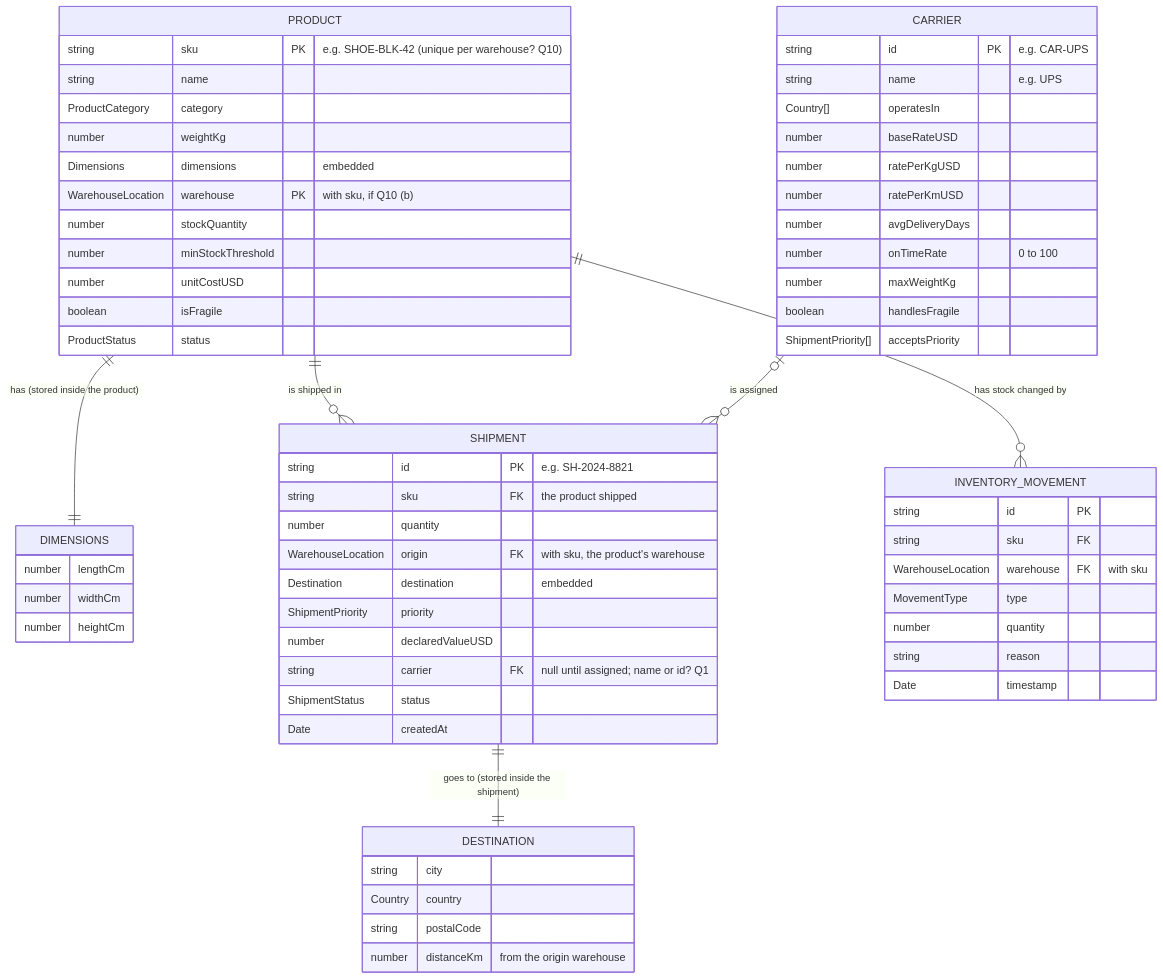
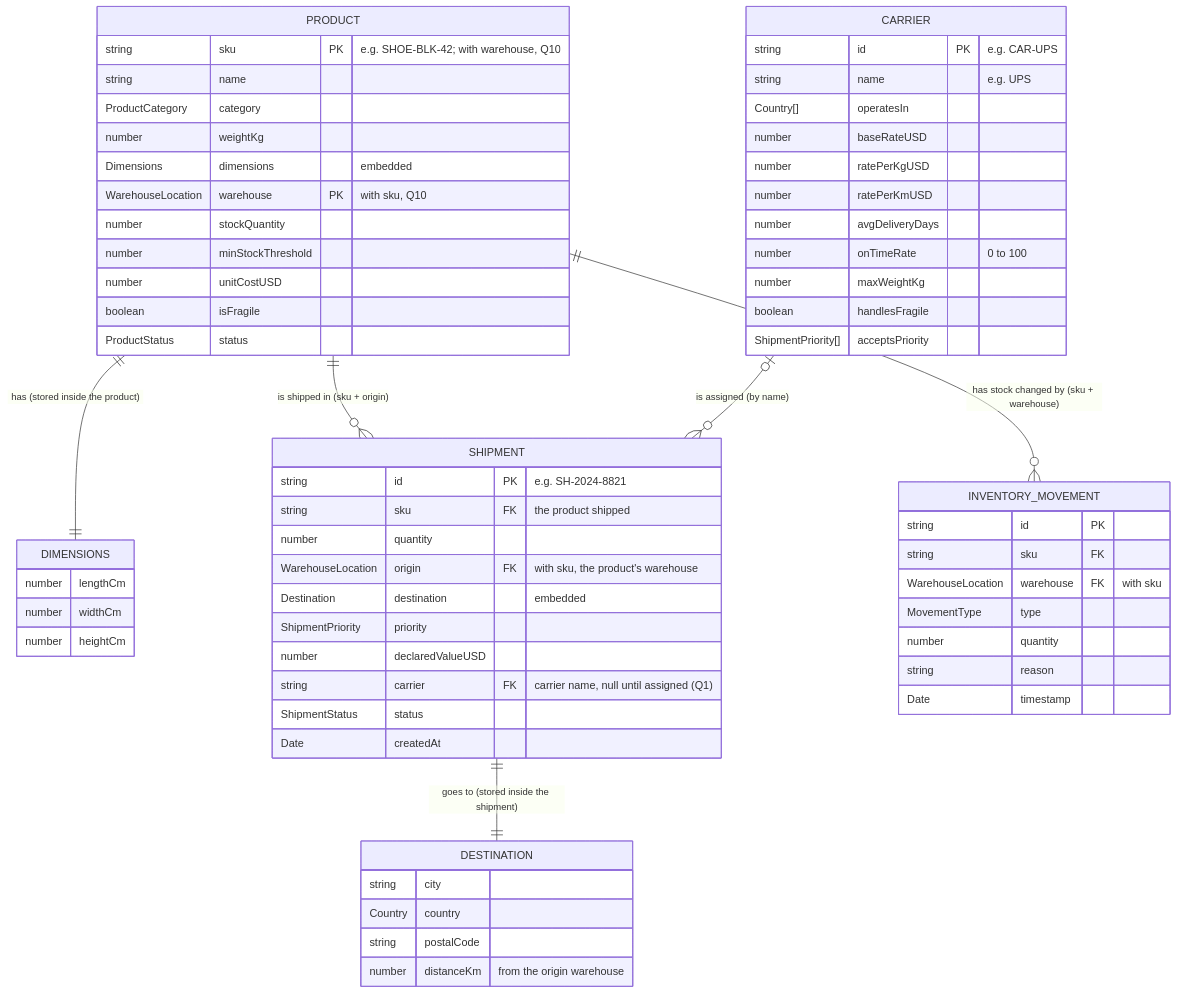
One commit to Sun-flow/TrackFlow-Company-Overhaul changed the first of 2 diagrams in packages/warehouse-logic/docs/erd.md. Above: the diagram before and after it, drawn with Mermaid. The commit also changed other lines of this file and 6 other files, not shown here.

````diff
--- a/packages/warehouse-logic/docs/erd.md
+++ b/packages/warehouse-logic/docs/erd.md
@@ -10,67 +10,67 @@
 ```mermaid
 erDiagram
     PRODUCT {
-        string sku PK "e.g. SHOE-BLK-42 (unique per warehouse? Q10)"
+        string sku PK "e.g. SHOE-BLK-42; with warehouse, Q10"
         string name
         ProductCategory category
         number weightKg
         Dimensions dimensions "embedded"
-        WarehouseLocation warehouse PK "with sku, if Q10 (b)"
+        WarehouseLocation warehouse PK "with sku, Q10"
         number stockQuantity
         number minStockThreshold
         number unitCostUSD
         boolean isFragile
         ProductStatus status
     }
     DIMENSIONS {
         number lengthCm
         number widthCm
         number heightCm
     }
     SHIPMENT {
         string id PK "e.g. SH-2024-8821"
         string sku FK "the product shipped"
         number quantity
         WarehouseLocation origin FK "with sku, the product's warehouse"
         Destination destination "embedded"
         ShipmentPriority priority
         number declaredValueUSD
-        string carrier FK "null until assigned; name or id? Q1"
+        string carrier FK "carrier name, null until assigned (Q1)"
         ShipmentStatus status
         Date createdAt
     }
     DESTINATION {
         string city
         Country country
         string postalCode
         number distanceKm "from the origin warehouse"
     }
     CARRIER {
         string id PK "e.g. CAR-UPS"
         string name "e.g. UPS"
         Country[] operatesIn
         number baseRateUSD
         number ratePerKgUSD
         number ratePerKmUSD
         number avgDeliveryDays
         number onTimeRate "0 to 100"
         number maxWeightKg
         boolean handlesFragile
         ShipmentPriority[] acceptsPriority
     }
     INVENTORY_MOVEMENT {
         string id PK
         string sku FK
         WarehouseLocation warehouse FK "with sku"
         MovementType type
         number quantity
         string reason
         Date timestamp
     }
 
     PRODUCT ||--|| DIMENSIONS : "has (stored inside the product)"
     SHIPMENT ||--|| DESTINATION : "goes to (stored inside the shipment)"
-    PRODUCT ||--o{ SHIPMENT : "is shipped in"
-    PRODUCT ||--o{ INVENTORY_MOVEMENT : "has stock changed by"
-    CARRIER |o--o{ SHIPMENT : "is assigned"
+    PRODUCT ||--o{ SHIPMENT : "is shipped in (sku + origin)"
+    PRODUCT ||--o{ INVENTORY_MOVEMENT : "has stock changed by (sku + warehouse)"
+    CARRIER |o--o{ SHIPMENT : "is assigned (by name)"
 ```
````
